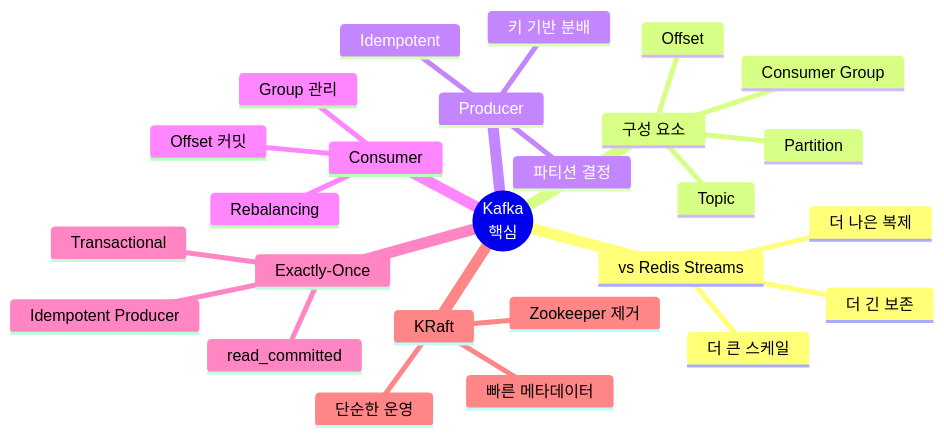
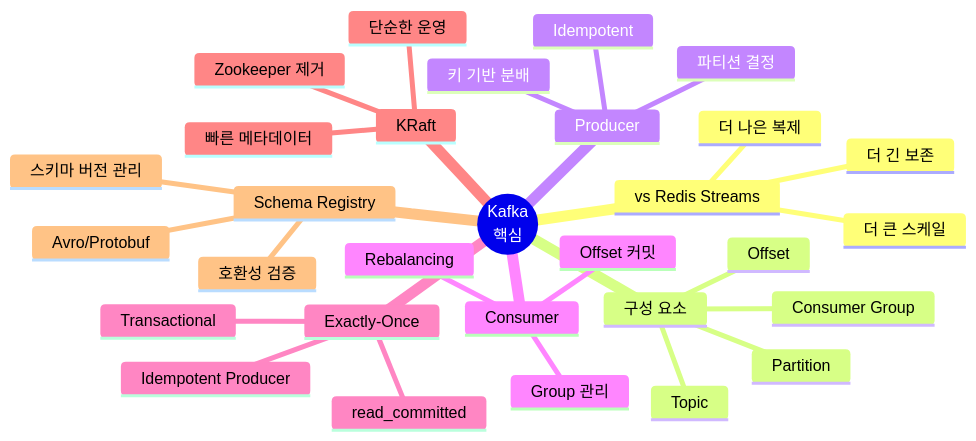
Diagram 18 of 18 in src/content/data-engineering/de-08-kafka-fundamentals.md (KimSeogyu/KimSeogyu.github.io), drawn with Mermaid before and after one commit. The commit also changed other lines of this file and 1 other file, not shown here.

````diff
--- a/src/content/data-engineering/de-08-kafka-fundamentals.md
+++ b/src/content/data-engineering/de-08-kafka-fundamentals.md
@@ -547,29 +652,33 @@
 ```mermaid
 mindmap
   root((Kafka<br/>핵심))
     vs Redis Streams
       더 큰 스케일
       더 긴 보존
       더 나은 복제
     구성 요소
       Topic
       Partition
       Offset
       Consumer Group
     Producer
       파티션 결정
       키 기반 분배
       Idempotent
     Consumer
       Group 관리
       Offset 커밋
       Rebalancing
     Exactly-Once
       Idempotent Producer
       Transactional
       read_committed
     KRaft
       Zookeeper 제거
       단순한 운영
       빠른 메타데이터
+    Schema Registry
+      스키마 버전 관리
+      호환성 검증
+      Avro/Protobuf
 ```
````
